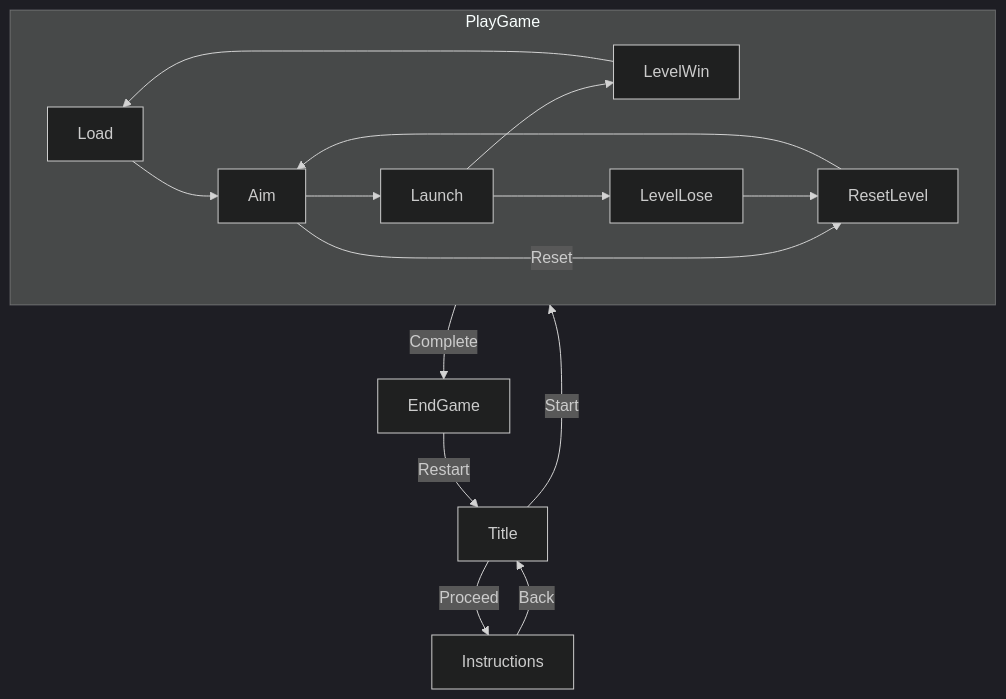
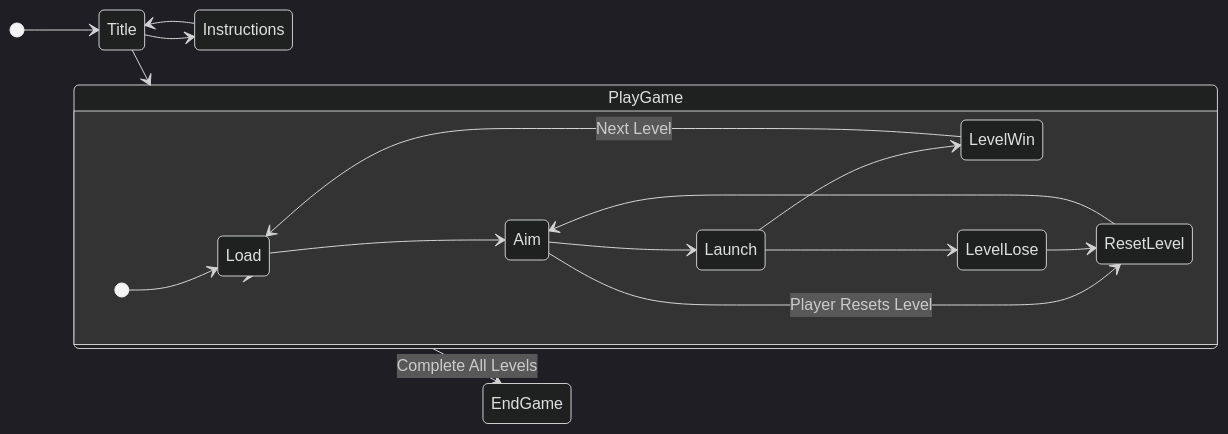
One commit to nchpmn/TrickShotz changed the diagram in README.md. Above: the diagram before and after it, drawn with Mermaid (dark theme).

Commit message:
Update graph

````diff
--- a/README.md
+++ b/README.md
@@ -22,21 +22,23 @@
 ```mermaid
-flowchart TD
-    %% Game States
-    Title -->|Proceed| Instructions
-    Instructions -->|Back| Title
-    Title -->|Start| PlayGame
-    PlayGame -->|Complete| EndGame
-    EndGame -->|Restart| Title
+stateDiagram
+direction LR
 
-    %% PlayGame States
-    subgraph PlayGame
+    [*] --> Title
+    Title --> Instructions
+    Instructions --> Title
+    Title --> PlayGame
+    PlayGame --> EndGame: Complete All Levels
+    PlayGame --> Load
+
+    state PlayGame {
+        [*] --> Load
         Load --> Aim
+        Aim --> ResetLevel: Player Resets Level
+        ResetLevel --> Aim
         Aim --> Launch
-        Aim -->|Reset| ResetLevel
-        ResetLevel --> Aim
         Launch --> LevelWin
         Launch --> LevelLose
-        LevelWin --> Load
+        LevelWin --> Load: Next Level
         LevelLose --> ResetLevel
-    end
+    }
 ```
````
